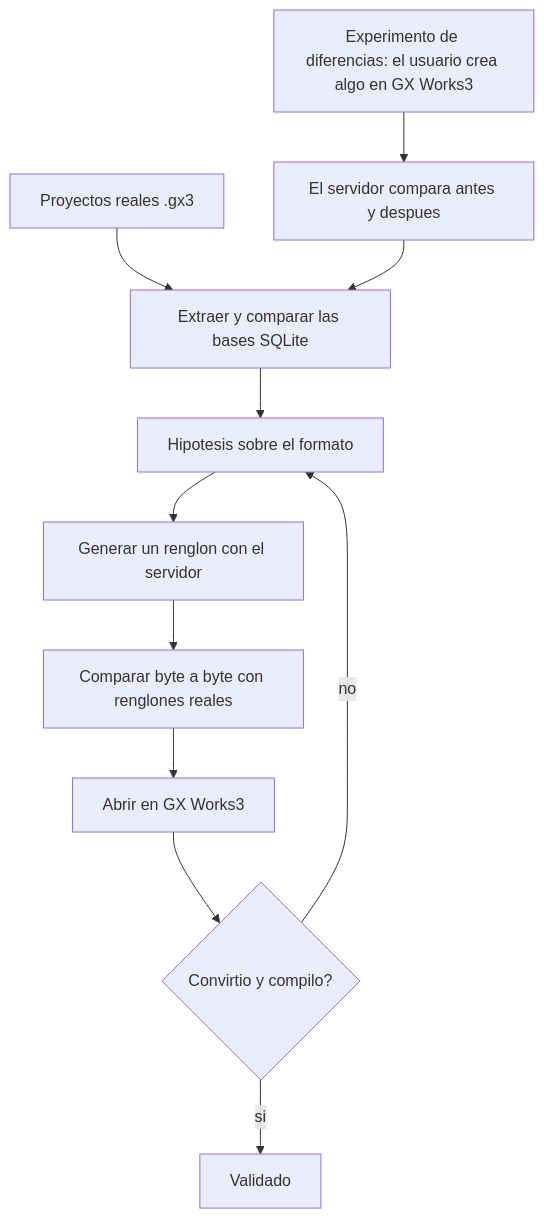
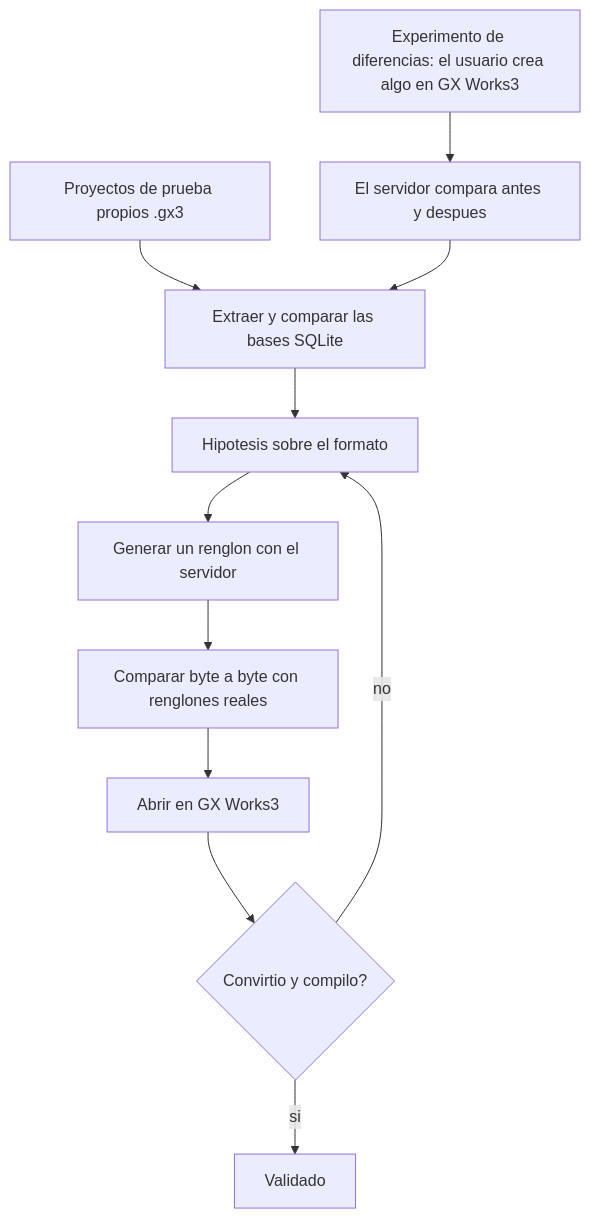
The fifth of 6 diagrams in README.md (LegnA12/gx3-mcp), drawn with Mermaid before and after one commit. The commit also changed other lines of this file and 1 other file, not shown here.

````diff
--- a/README.md
+++ b/README.md
@@ -253,13 +273,13 @@
 ```mermaid
 flowchart TD
-    A["Proyectos reales .gx3"] --> B["Extraer y comparar las bases SQLite"]
+    A["Proyectos de prueba propios .gx3"] --> B["Extraer y comparar las bases SQLite"]
     B --> C["Hipotesis sobre el formato"]
     C --> D["Generar un renglon con el servidor"]
     D --> E["Comparar byte a byte con renglones reales"]
     E --> F["Abrir en GX Works3"]
     F --> G{"Convirtio y compilo?"}
     G -->|"si"| H["Validado"]
     G -->|"no"| C
     X["Experimento de diferencias: el usuario crea algo en GX Works3"] --> Y["El servidor compara antes y despues"]
     Y --> B
 ```
````
